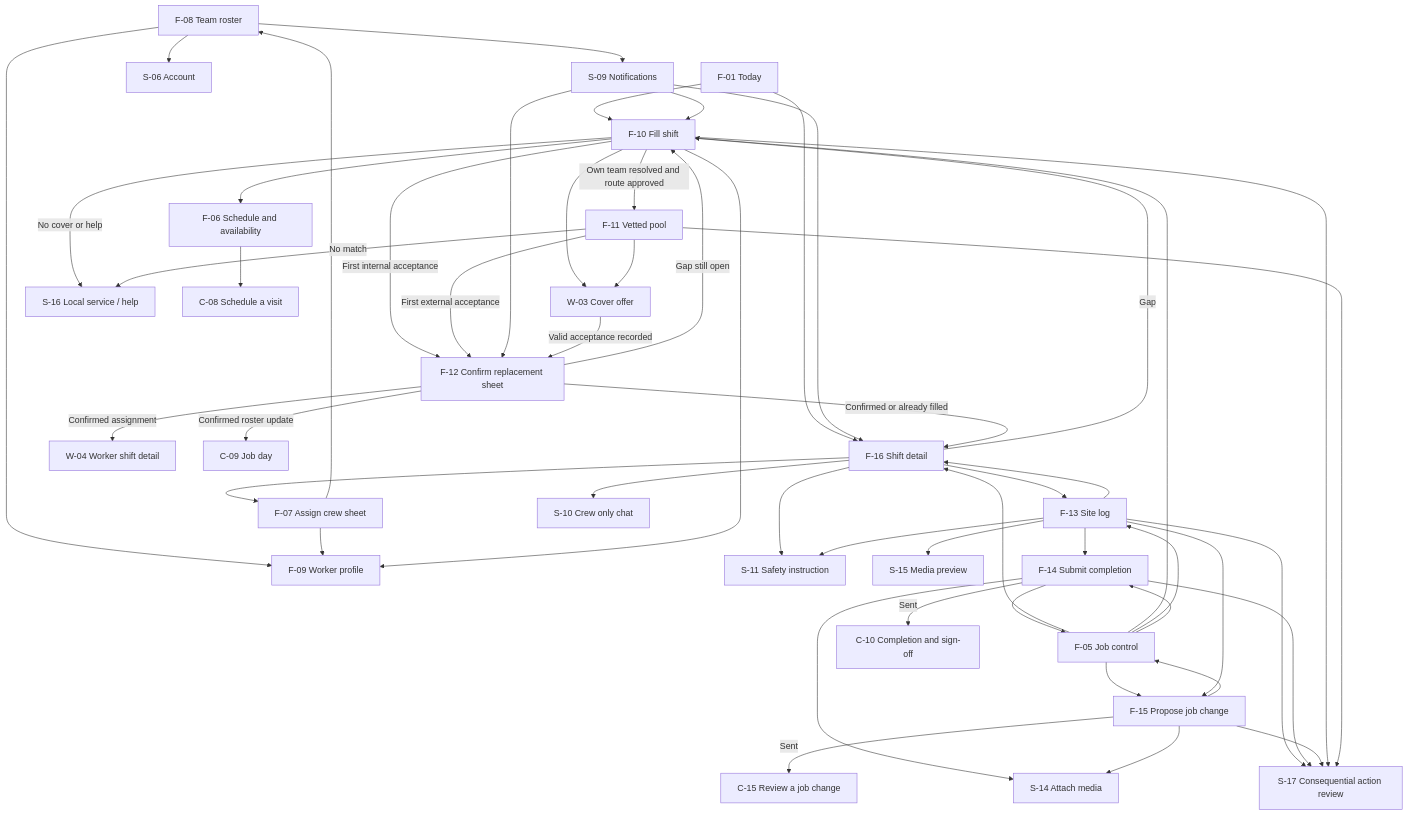
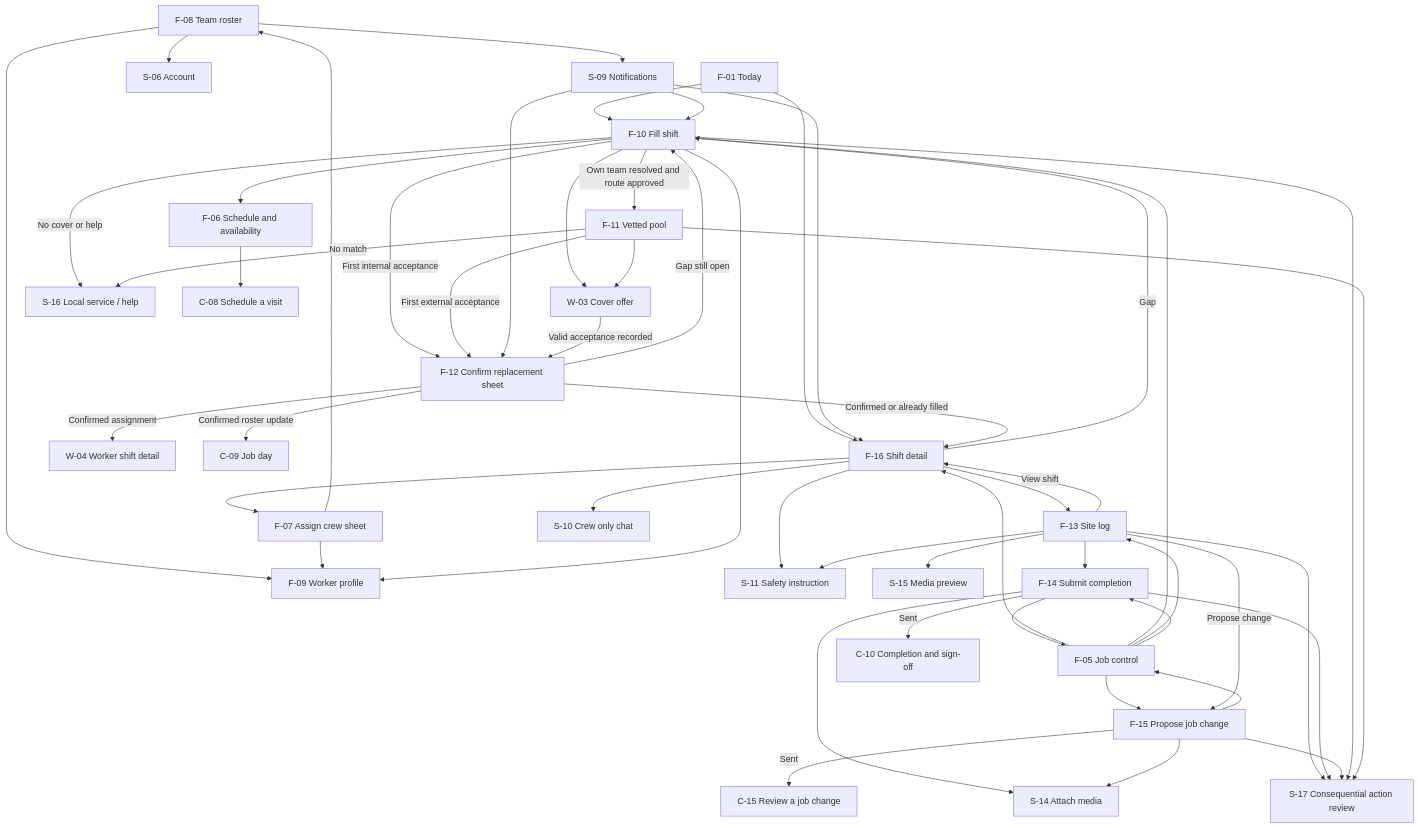
One commit to Artimunor/bookbuddy changed the diagram in design/screens/foreman/F-08_F-16-specs.md. Above: the diagram before and after it, drawn with Mermaid. The commit also changed other lines of this file and 49 other files, not shown here.

````diff
--- a/design/screens/foreman/F-08_F-16-specs.md
+++ b/design/screens/foreman/F-08_F-16-specs.md
@@ -125,54 +127,54 @@
 ```mermaid
 flowchart TD
     F08["F-08 Team roster"] --> F09["F-09 Worker profile"]
     F08 --> S09["S-09 Notifications"]
     F08 --> S06["S-06 Account"]
     F07["F-07 Assign crew sheet"] --> F08
     F07 --> F09
     F01["F-01 Today"] --> F16["F-16 Shift detail"]
     F05["F-05 Job control"] --> F16
     F01 --> F10["F-10 Fill shift"]
     F05 --> F10
     F16 --> F07
     F16 -->|Gap| F10
     S09 --> F10
     S09 --> F16
     F10 --> F09
     F10 -->|Own team resolved and route approved| F11["F-11 Vetted pool"]
     F10 -->|First internal acceptance| F12["F-12 Confirm replacement sheet"]
     F11 -->|First external acceptance| F12
     S09 --> F12
     F10 --> W03["W-03 Cover offer"]
     F11 --> W03
     W03 -->|Valid acceptance recorded| F12
     F12 -->|Confirmed or already filled| F16
     F12 -->|Confirmed assignment| W04["W-04 Worker shift detail"]
     F12 -->|Confirmed roster update| C09["C-09 Job day"]
     F12 -->|Gap still open| F10
     F10 -->|No cover or help| S16["S-16 Local service / help"]
     F11 -->|No match| S16
     F10 --> F06["F-06 Schedule and availability"]
     F06 --> C08["C-08 Schedule a visit"]
     F05 --> F13["F-13 Site log"]
     F16 --> F13
-    F13 --> F16
+    F13 -->|View shift| F16
     F16 --> S10["S-10 Crew only chat"]
     F16 --> S11["S-11 Safety instruction"]
     F13 --> S11
     F13 --> S15["S-15 Media preview"]
     F05 --> F14["F-14 Submit completion"]
     F13 --> F14
     F14 -->|Sent| C10["C-10 Completion and sign-off"]
     F14 --> F05
     F05 --> F15["F-15 Propose job change"]
-    F13 --> F15
+    F13 -->|Propose change| F15
     F15 -->|Sent| C15["C-15 Review a job change"]
     F15 --> F05
     F14 --> S14["S-14 Attach media"]
     F15 --> S14
     F13 --> S17["S-17 Consequential action review"]
     F14 --> S17
     F15 --> S17
     F10 --> S17
     F11 --> S17
 ```
````
